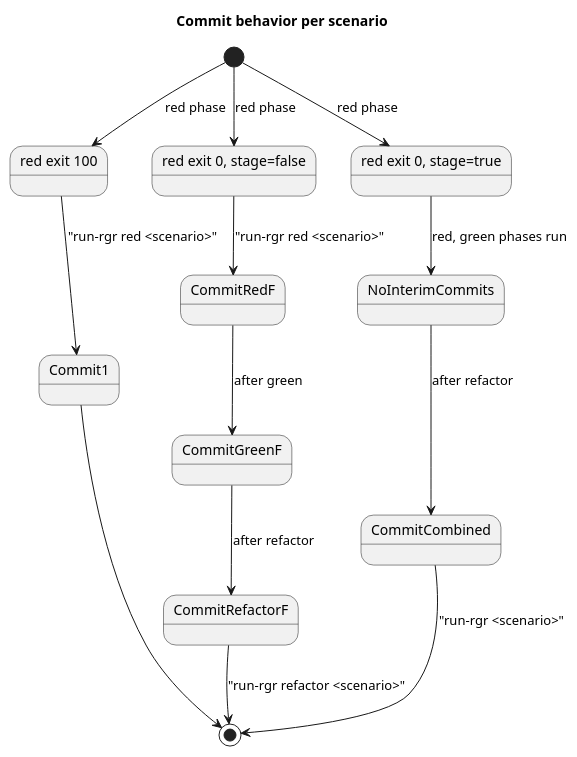
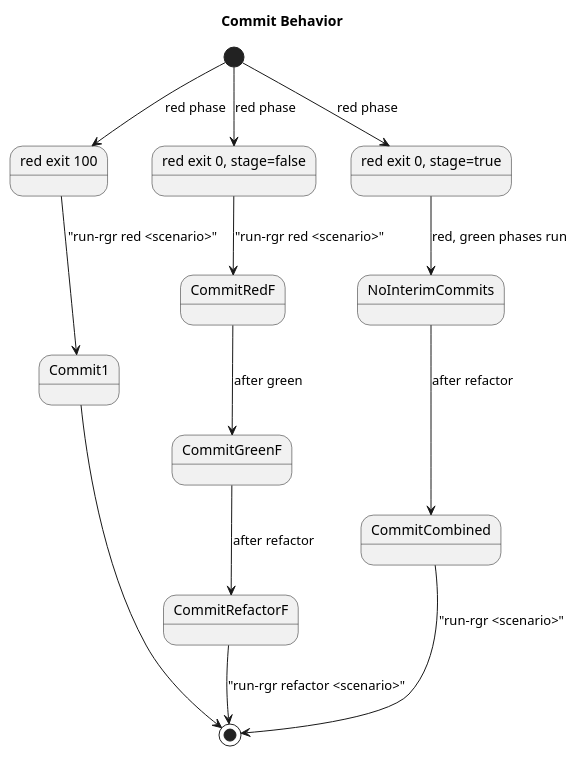
The tenth of 11 diagrams in sheep-dog-features/src/test/resources/asciidoc/specs/Darmok/model.md (farhan5248/sheep-dog-qa), drawn with PlantUML before and after one commit. The commit also changed other lines of this file and 17 other files, not shown here.

````diff
--- a/sheep-dog-features/src/test/resources/asciidoc/specs/Darmok/model.md
+++ b/sheep-dog-features/src/test/resources/asciidoc/specs/Darmok/model.md
@@ -293,26 +321,26 @@
 ```plantuml
 @startuml
-title Commit behavior per scenario
+title Commit Behavior
 
 state "red exit 100" as R100
 state "red exit 0, stage=false" as R0F
 state "red exit 0, stage=true"  as R0T
 
 [*] --> R100 : red phase
 [*] --> R0F  : red phase
 [*] --> R0T  : red phase
 
 R100 --> Commit1 : "run-rgr red <scenario>"
 Commit1 --> [*]
 
 R0F  --> CommitRedF   : "run-rgr red <scenario>"
 CommitRedF --> CommitGreenF : after green
 CommitGreenF --> CommitRefactorF : after refactor
 CommitRefactorF --> [*] : "run-rgr refactor <scenario>"
 
 R0T  --> NoInterimCommits : red, green phases run
 NoInterimCommits --> CommitCombined : after refactor
 CommitCombined --> [*] : "run-rgr <scenario>"
 
 @enduml
 ```
````
